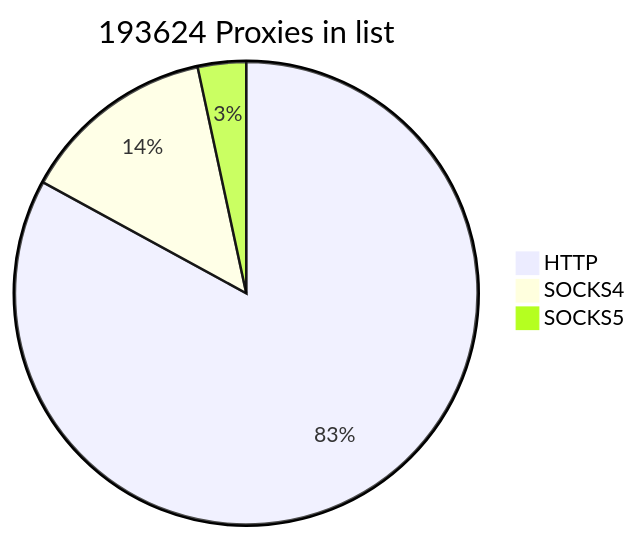
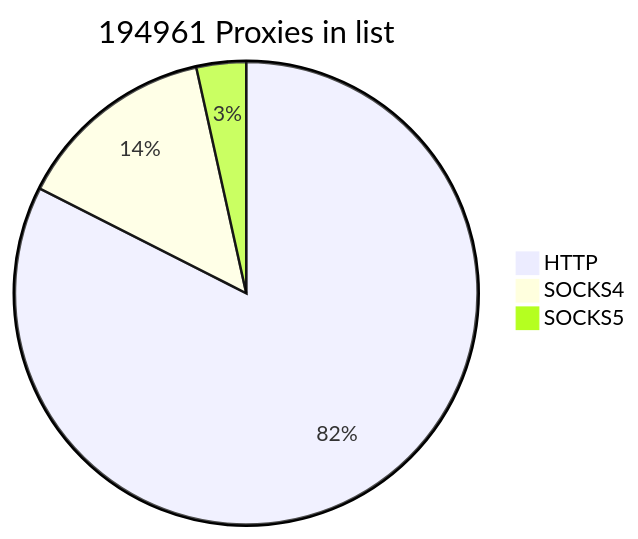
Before and after one commit to cutipu/proxylist: the first of 2 diagrams in README.md, drawn with Mermaid. The commit also changed other lines of this file, not shown here.

````diff
--- a/README.md
+++ b/README.md
@@ -2,7 +2,7 @@
 ```mermaid
-pie title 193624 Proxies in list
-    "HTTP" : 160614
-    "SOCKS4" : 26484
-    "SOCKS5" : 6526
+pie title 194961 Proxies in list
+    "HTTP" : 160782
+    "SOCKS4" : 27421
+    "SOCKS5" : 6758
             
 ```
````
